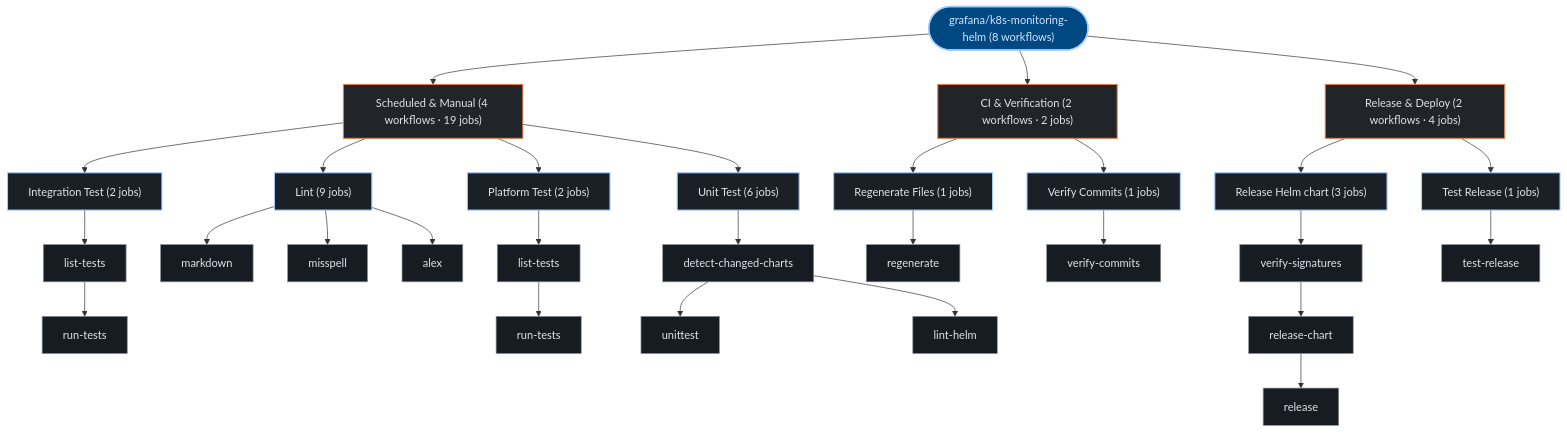
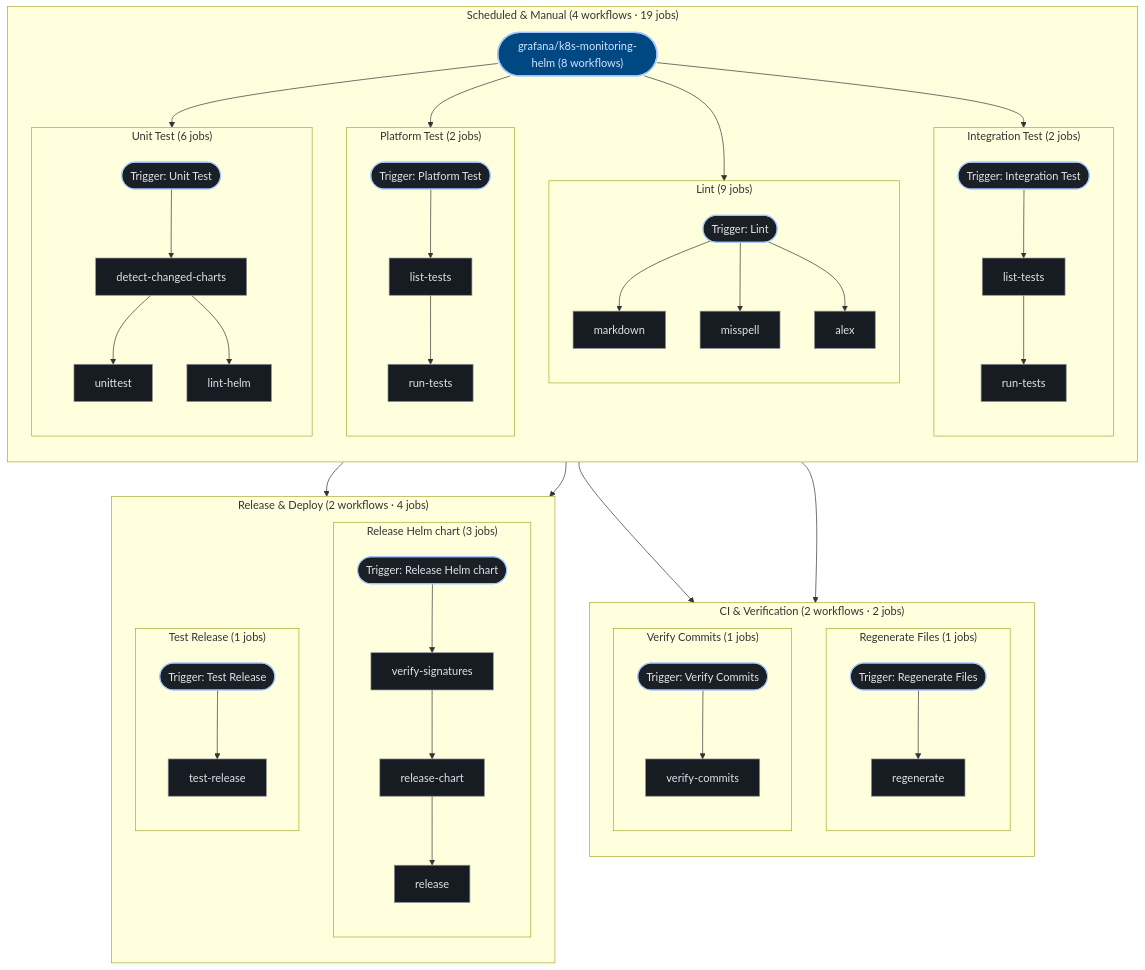
One commit to kumarshaz/atruss-code-atlas changed the third of 3 diagrams in exports/latest/reports/grafana-k8s-monitoring-helm-report.md. Above: the diagram before and after it, drawn with Mermaid. The commit also changed 181 other files, not shown here.

````diff
--- a/exports/latest/reports/grafana-k8s-monitoring-helm-report.md
+++ b/exports/latest/reports/grafana-k8s-monitoring-helm-report.md
@@ -296,58 +296,85 @@
   classDef atlasAlert fill:#93000a,stroke:#ffb4ab,stroke-width:1.5px,color:#ffdad6
   classDef atlasMore fill:#252a31,stroke:#8d9199,stroke-dasharray:4 4,color:#c3c6cf
   pipeline_root(["grafana/k8s-monitoring-helm (8 workflows)"]):::atlasRoot
-  grp_0_Scheduled___Manual["Scheduled & Manual (4 workflows · 19 jobs)"]:::atlasCategory
-  pipeline_root --> grp_0_Scheduled___Manual
-  wf_0_Integration_Test["Integration Test (2 jobs)"]:::atlasWorkflow
-  grp_0_Scheduled___Manual --> wf_0_Integration_Test
-  job_0_list_tests["list-tests"]:::atlasJob
-  job_0_run_tests["run-tests"]:::atlasJob
-  wf_0_Integration_Test --> job_0_list_tests
-  job_0_list_tests --> job_0_run_tests
-  wf_1_Lint["Lint (9 jobs)"]:::atlasWorkflow
-  grp_0_Scheduled___Manual --> wf_1_Lint
-  job_1_markdown["markdown"]:::atlasJob
-  job_1_misspell["misspell"]:::atlasJob
-  job_1_alex["alex"]:::atlasJob
-  wf_1_Lint --> job_1_markdown
-  wf_1_Lint --> job_1_misspell
-  wf_1_Lint --> job_1_alex
-  wf_2_Platform_Test["Platform Test (2 jobs)"]:::atlasWorkflow
-  grp_0_Scheduled___Manual --> wf_2_Platform_Test
-  job_2_list_tests["list-tests"]:::atlasJob
-  job_2_run_tests["run-tests"]:::atlasJob
-  wf_2_Platform_Test --> job_2_list_tests
-  job_2_list_tests --> job_2_run_tests
-  wf_6_Unit_Test["Unit Test (6 jobs)"]:::atlasWorkflow
-  grp_0_Scheduled___Manual --> wf_6_Unit_Test
-  job_6_detect_changed_charts["detect-changed-charts"]:::atlasJob
-  job_6_unittest["unittest"]:::atlasJob
-  job_6_lint_helm["lint-helm"]:::atlasJob
-  wf_6_Unit_Test --> job_6_detect_changed_charts
-  job_6_detect_changed_charts --> job_6_unittest
-  job_6_detect_changed_charts --> job_6_lint_helm
-  grp_1_CI___Verification["CI & Verification (2 workflows · 2 jobs)"]:::atlasCategory
-  pipeline_root --> grp_1_CI___Verification
-  wf_3_Regenerate_Files["Regenerate Files (1 jobs)"]:::atlasWorkflow
-  grp_1_CI___Verification --> wf_3_Regenerate_Files
-  job_3_regenerate["regenerate"]:::atlasJob
-  wf_3_Regenerate_Files --> job_3_regenerate
-  wf_7_Verify_Commits["Verify Commits (1 jobs)"]:::atlasWorkflow
-  grp_1_CI___Verification --> wf_7_Verify_Commits
-  job_7_verify_commits["verify-commits"]:::atlasJob
-  wf_7_Verify_Commits --> job_7_verify_commits
-  grp_2_Release___Deploy["Release & Deploy (2 workflows · 4 jobs)"]:::atlasCategory
-  pipeline_root --> grp_2_Release___Deploy
-  wf_4_Release_Helm_chart["Release Helm chart (3 jobs)"]:::atlasWorkflow
-  grp_2_Release___Deploy --> wf_4_Release_Helm_chart
-  job_4_verify_signatures["verify-signatures"]:::atlasJob
-  job_4_release_chart["release-chart"]:::atlasJob
-  job_4_release["release"]:::atlasJob
-  wf_4_Release_Helm_chart --> job_4_verify_signatures
-  job_4_verify_signatures --> job_4_release_chart
-  job_4_release_chart --> job_4_release
-  wf_5_Test_Release["Test Release (1 jobs)"]:::atlasWorkflow
-  grp_2_Release___Deploy --> wf_5_Test_Release
-  job_5_test_release["test-release"]:::atlasJob
-  wf_5_Test_Release --> job_5_test_release
+  subgraph sg_grp_0_Scheduled___Manual["Scheduled & Manual (4 workflows · 19 jobs)"]
+    direction TB
+    subgraph sg_wf_0_Integration_Test["Integration Test (2 jobs)"]
+      direction TB
+      wf_0_Integration_Test(["Trigger: Integration Test"]):::atlasWorkflow
+      job_0_list_tests["list-tests"]:::atlasJob
+      job_0_run_tests["run-tests"]:::atlasJob
+      wf_0_Integration_Test --> job_0_list_tests
+      job_0_list_tests --> job_0_run_tests
+    end
+    pipeline_root --> wf_0_Integration_Test
+    subgraph sg_wf_1_Lint["Lint (9 jobs)"]
+      direction TB
+      wf_1_Lint(["Trigger: Lint"]):::atlasWorkflow
+      job_1_markdown["markdown"]:::atlasJob
+      job_1_misspell["misspell"]:::atlasJob
+      job_1_alex["alex"]:::atlasJob
+      wf_1_Lint --> job_1_markdown
+      wf_1_Lint --> job_1_misspell
+      wf_1_Lint --> job_1_alex
+    end
+    pipeline_root --> wf_1_Lint
+    subgraph sg_wf_2_Platform_Test["Platform Test (2 jobs)"]
+      direction TB
+      wf_2_Platform_Test(["Trigger: Platform Test"]):::atlasWorkflow
+      job_2_list_tests["list-tests"]:::atlasJob
+      job_2_run_tests["run-tests"]:::atlasJob
+      wf_2_Platform_Test --> job_2_list_tests
+      job_2_list_tests --> job_2_run_tests
+    end
+    pipeline_root --> wf_2_Platform_Test
+    subgraph sg_wf_6_Unit_Test["Unit Test (6 jobs)"]
+      direction TB
+      wf_6_Unit_Test(["Trigger: Unit Test"]):::atlasWorkflow
+      job_6_detect_changed_charts["detect-changed-charts"]:::atlasJob
+      job_6_unittest["unittest"]:::atlasJob
+      job_6_lint_helm["lint-helm"]:::atlasJob
+      wf_6_Unit_Test --> job_6_detect_changed_charts
+      job_6_detect_changed_charts --> job_6_unittest
+      job_6_detect_changed_charts --> job_6_lint_helm
+    end
+    pipeline_root --> wf_6_Unit_Test
+  end
+  subgraph sg_grp_1_CI___Verification["CI & Verification (2 workflows · 2 jobs)"]
+    direction TB
+    subgraph sg_wf_3_Regenerate_Files["Regenerate Files (1 jobs)"]
+      direction TB
+      wf_3_Regenerate_Files(["Trigger: Regenerate Files"]):::atlasWorkflow
+      job_3_regenerate["regenerate"]:::atlasJob
+      wf_3_Regenerate_Files --> job_3_regenerate
+    end
+    pipeline_root --> wf_3_Regenerate_Files
+    subgraph sg_wf_7_Verify_Commits["Verify Commits (1 jobs)"]
+      direction TB
+      wf_7_Verify_Commits(["Trigger: Verify Commits"]):::atlasWorkflow
+      job_7_verify_commits["verify-commits"]:::atlasJob
+      wf_7_Verify_Commits --> job_7_verify_commits
+    end
+    pipeline_root --> wf_7_Verify_Commits
+  end
+  subgraph sg_grp_2_Release___Deploy["Release & Deploy (2 workflows · 4 jobs)"]
+    direction TB
+    subgraph sg_wf_4_Release_Helm_chart["Release Helm chart (3 jobs)"]
+      direction TB
+      wf_4_Release_Helm_chart(["Trigger: Release Helm chart"]):::atlasWorkflow
+      job_4_verify_signatures["verify-signatures"]:::atlasJob
+      job_4_release_chart["release-chart"]:::atlasJob
+      job_4_release["release"]:::atlasJob
+      wf_4_Release_Helm_chart --> job_4_verify_signatures
+      job_4_verify_signatures --> job_4_release_chart
+      job_4_release_chart --> job_4_release
+    end
+    pipeline_root --> wf_4_Release_Helm_chart
+    subgraph sg_wf_5_Test_Release["Test Release (1 jobs)"]
+      direction TB
+      wf_5_Test_Release(["Trigger: Test Release"]):::atlasWorkflow
+      job_5_test_release["test-release"]:::atlasJob
+      wf_5_Test_Release --> job_5_test_release
+    end
+    pipeline_root --> wf_5_Test_Release
+  end
 ```
````
